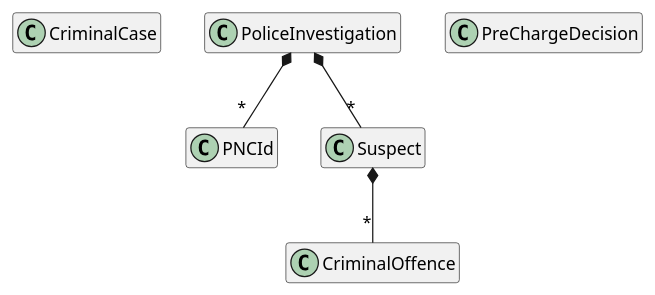
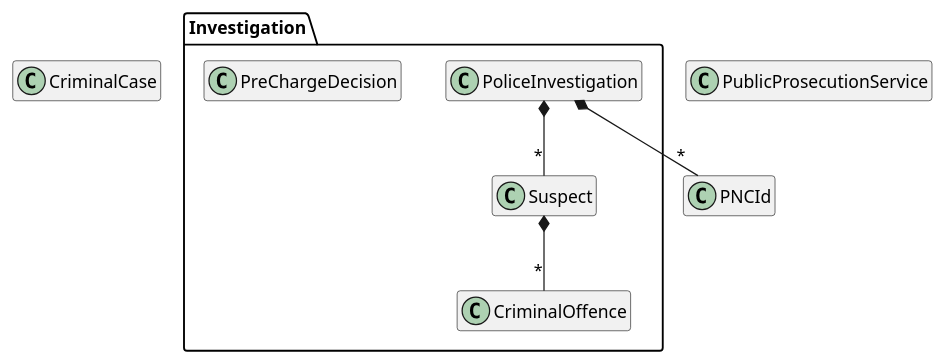
Before and after one commit to First-Steps-in-DDD-Community/first-steps-in-ddd-solutions-dotnet: the diagram in docs/Domain-Model.puml, drawn with PlantUML.

Commit message:
Exercise 3 - DOCS - Update the diagram to show the investigation package

```diff
--- a/docs/Domain-Model.puml
+++ b/docs/Domain-Model.puml
@@ -1,29 +1,36 @@
 @startuml
 hide empty members
 hide empty methods
 
-class CriminalCase {
+package Investigation {
+
+    class CriminalOffence {
+    }
+
+    class PoliceInvestigation {
+    }
+
+    class PreChargeDecision {
+    }
+
+    class Suspect {
+    }
+
 }
 
-class CriminalOffence {
+class CriminalCase {
 }
 
 class PNCId {
 }
 
-class PoliceInvestigation {
-}
-
-class PreChargeDecision {
-}
-
-class Suspect    {
+class PublicProsecutionService {
 }
 
 Suspect *-- "*" CriminalOffence
 
 PoliceInvestigation *-- "*" Suspect
 
 PoliceInvestigation *-- "*" PNCId
 
 @enduml
```
